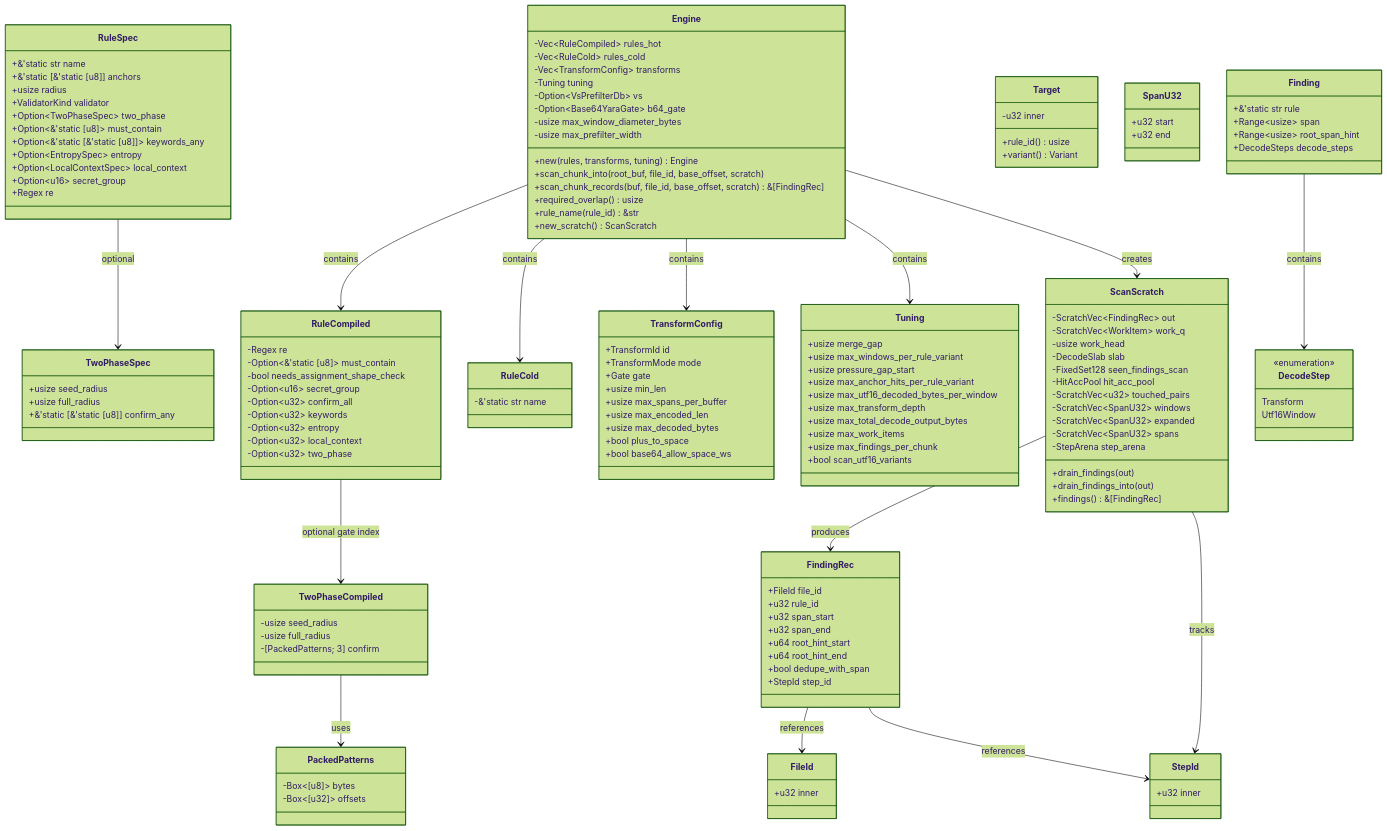
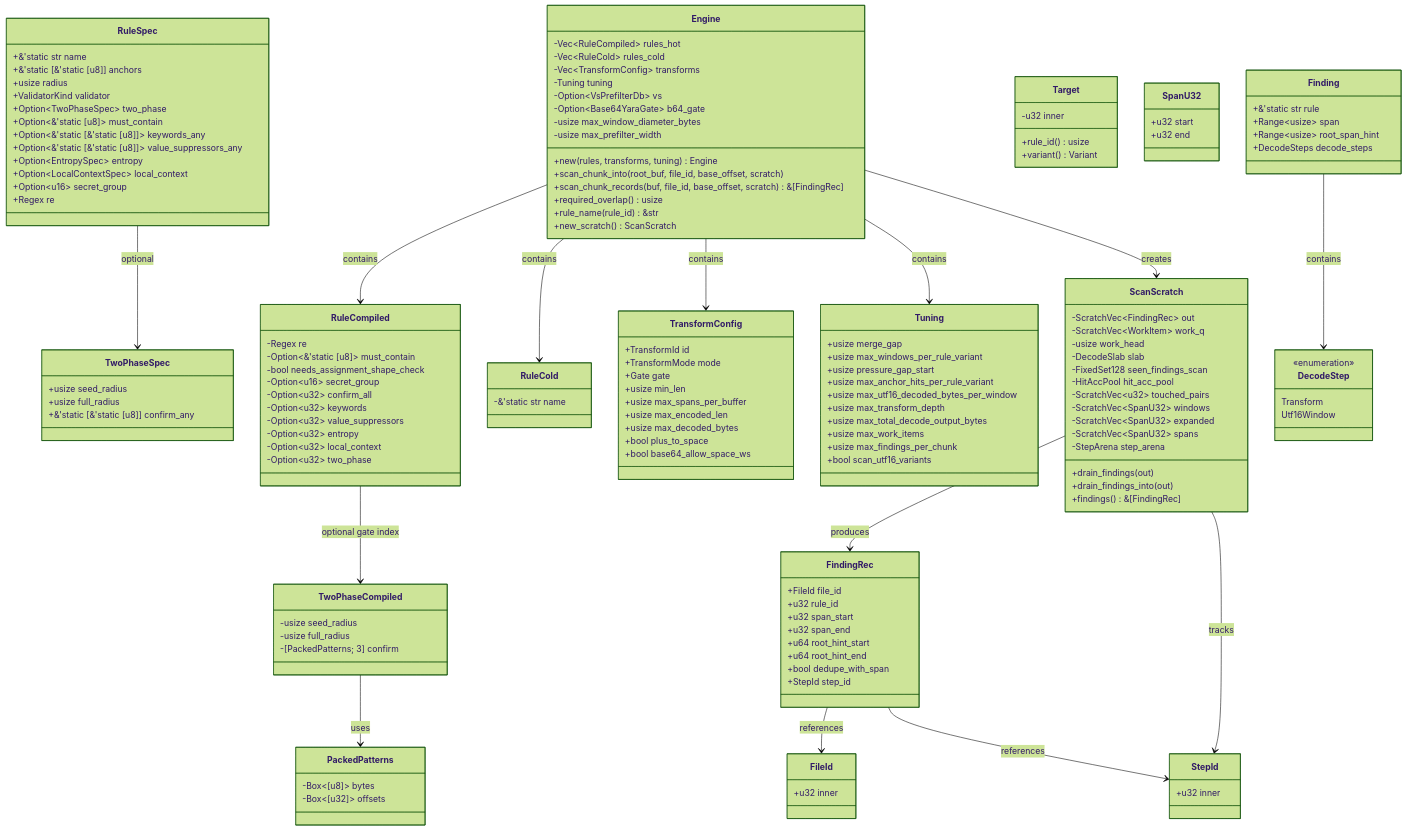
Before and after one commit to ahrav/scratch-scanner-rs: the first of 4 diagrams in docs/data-types.md, drawn with Mermaid (forest theme). The commit also changed 3 other files, not shown here.

```diff
--- a/docs/data-types.md
+++ b/docs/data-types.md
@@ -35,6 +35,7 @@
         +Option~TwoPhaseSpec~ two_phase
         +Option~&'static [u8]~ must_contain
         +Option~&'static [&'static [u8]]~ keywords_any
+        +Option~&'static [&'static [u8]]~ value_suppressors_any
         +Option~EntropySpec~ entropy
         +Option~LocalContextSpec~ local_context
         +Option~u16~ secret_group
@@ -48,6 +49,7 @@
         -Option~u16~ secret_group
         -Option~u32~ confirm_all
         -Option~u32~ keywords
+        -Option~u32~ value_suppressors
         -Option~u32~ entropy
         -Option~u32~ local_context
         -Option~u32~ two_phase
```
